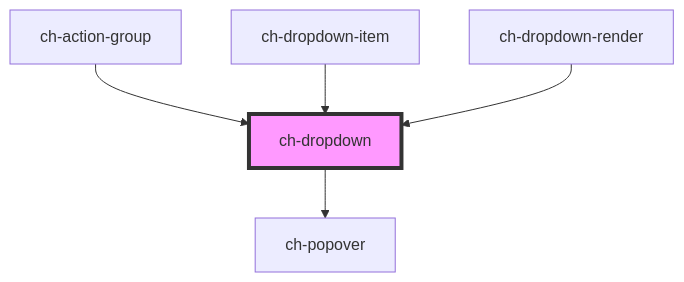
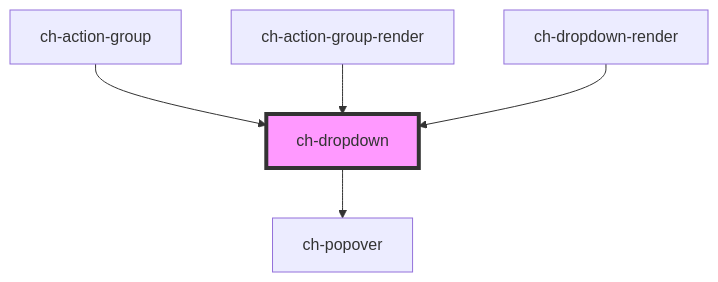
One commit to genexuslabs/chameleon-controls-library changed the diagram in src/components/dropdown/readme.md. Above: the diagram before and after it, drawn with Mermaid. The commit also changed other lines of this file and 5 other files, not shown here.

````diff
--- a/src/components/dropdown/readme.md
+++ b/src/components/dropdown/readme.md
@@ -91,8 +139,8 @@
 ```mermaid
 graph TD;
   ch-dropdown --> ch-popover
   ch-action-group --> ch-dropdown
-  ch-dropdown-item --> ch-dropdown
+  ch-action-group-render --> ch-dropdown
   ch-dropdown-render --> ch-dropdown
   style ch-dropdown fill:#f9f,stroke:#333,stroke-width:4px
 ```
````
